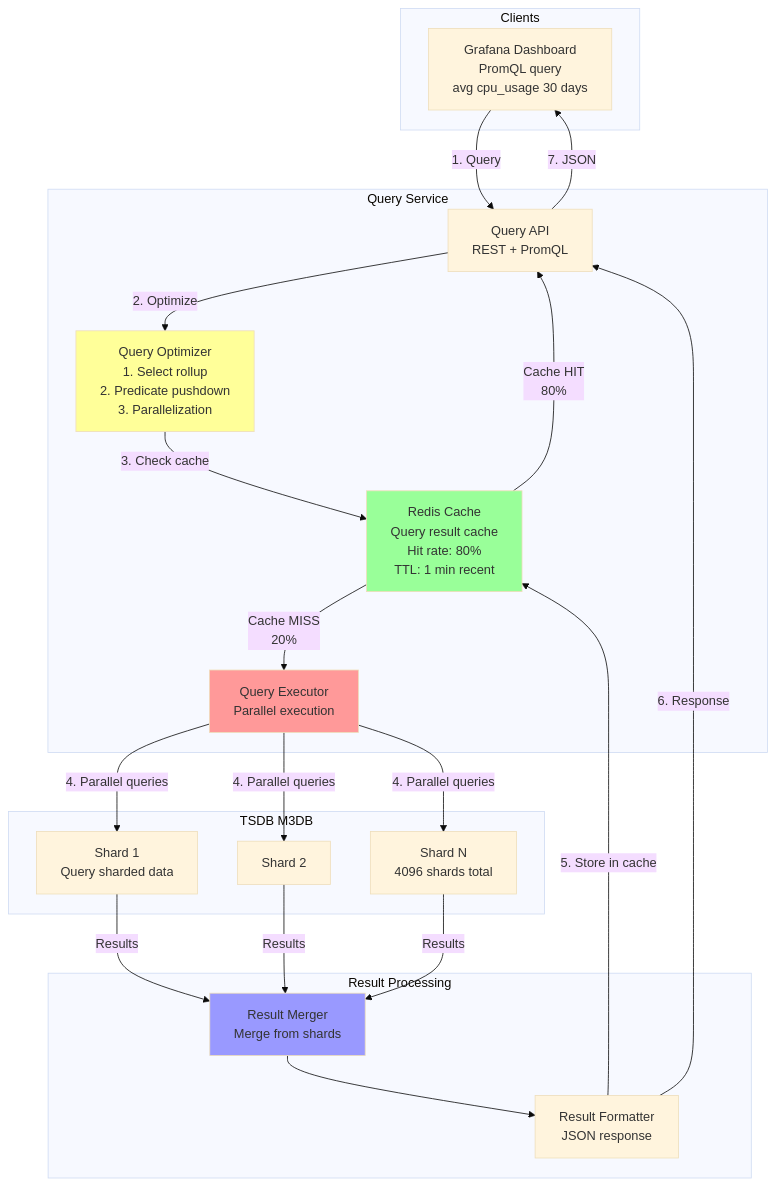
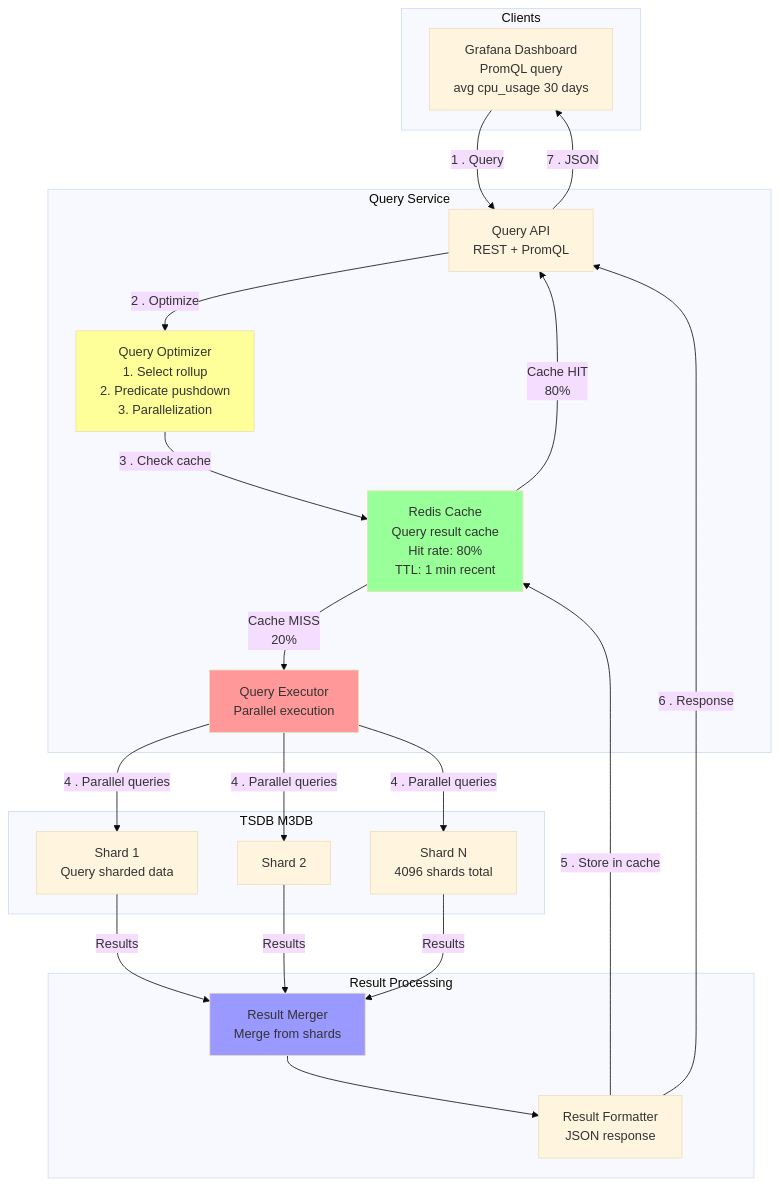
The ninth of 14 diagrams in 03-challenges/3.4.3-monitoring-system/hld-diagram.md (piyush7199/hld-architecture-handbook), drawn with Mermaid (base theme) before and after one commit. The commit also changed other lines of this file and 23 other files, not shown here.

First line of the commit message:
Add Online Code Editor / Judge design challenge with comprehensive documentation and diagrams

````diff
--- a/03-challenges/3.4.3-monitoring-system/hld-diagram.md
+++ b/03-challenges/3.4.3-monitoring-system/hld-diagram.md
@@ -742,49 +752,44 @@
 ```mermaid
 graph TB
     subgraph Clients
         Grafana[Grafana Dashboard<br/>PromQL query<br/>avg cpu_usage 30 days]
     end
-    
+
     subgraph Query Service
         API[Query API<br/>REST + PromQL]
         Optimizer[Query Optimizer<br/>1. Select rollup<br/>2. Predicate pushdown<br/>3. Parallelization]
         Cache[Redis Cache<br/>Query result cache<br/>Hit rate: 80%<br/>TTL: 1 min recent]
         Exec[Query Executor<br/>Parallel execution]
     end
-    
+
     subgraph TSDB M3DB
         Shard1[Shard 1<br/>Query sharded data]
         Shard2[Shard 2]
         ShardN[Shard N<br/>4096 shards total]
     end
-    
+
     subgraph Result Processing
         Merge[Result Merger<br/>Merge from shards]
         Format[Result Formatter<br/>JSON response]
     end
-    
-    Grafana -->|1. Query| API
-    API -->|2. Optimize| Optimizer
-    Optimizer -->|3. Check cache| Cache
-    
+
+    Grafana -->|1 . Query| API
+    API -->|2 . Optimize| Optimizer
+    Optimizer -->|3 . Check cache| Cache
     Cache -->|Cache HIT<br/>80%| API
     Cache -->|Cache MISS<br/>20%| Exec
-    
-    Exec -->|4. Parallel queries| Shard1
-    Exec -->|4. Parallel queries| Shard2
-    Exec -->|4. Parallel queries| ShardN
-    
+    Exec -->|4 . Parallel queries| Shard1
+    Exec -->|4 . Parallel queries| Shard2
+    Exec -->|4 . Parallel queries| ShardN
     Shard1 -->|Results| Merge
     Shard2 -->|Results| Merge
     ShardN -->|Results| Merge
-    
     Merge --> Format
-    Format -->|5. Store in cache| Cache
-    Format -->|6. Response| API
-    API -->|7. JSON| Grafana
-    
-    style Optimizer fill:#ff9
-    style Cache fill:#9f9
-    style Exec fill:#f99
-    style Merge fill:#99f
+    Format -->|5 . Store in cache| Cache
+    Format -->|6 . Response| API
+    API -->|7 . JSON| Grafana
+    style Optimizer fill: #ff9
+    style Cache fill: #9f9
+    style Exec fill: #f99
+    style Merge fill: #99f
 ```
````
